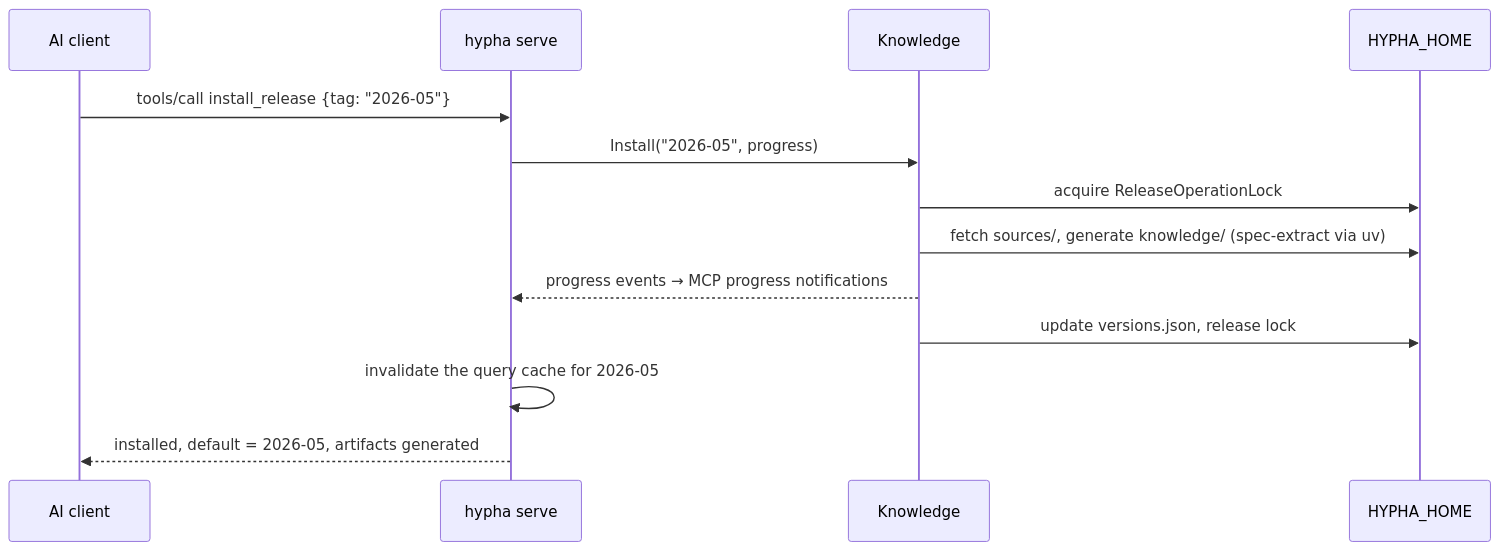
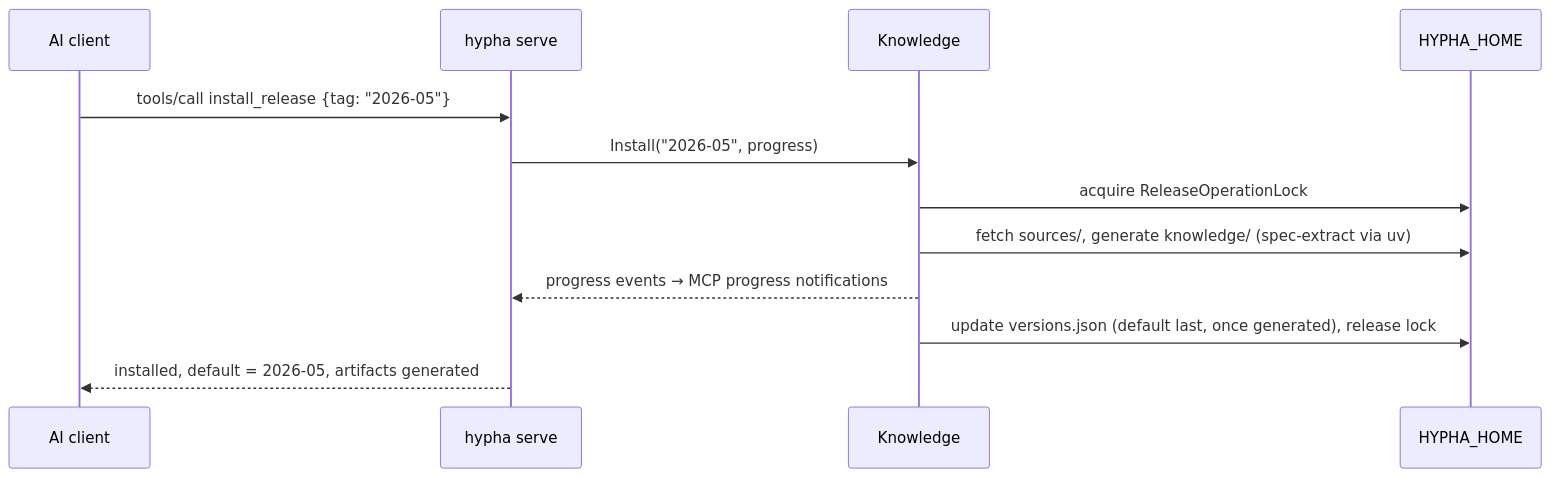
The fourth of 4 diagrams in hypha-mcp-refactor-plan.md (mycelium-cmbse/mycelium-hypha), drawn with Mermaid before and after one commit. The commit also changed other lines of this file, not shown here.

````diff
--- a/hypha-mcp-refactor-plan.md
+++ b/hypha-mcp-refactor-plan.md
@@ -137,15 +137,14 @@
 ```mermaid
 sequenceDiagram
     participant A as AI client
     participant S as hypha serve
     participant K as Knowledge
     participant H as HYPHA_HOME
     A->>S: tools/call install_release {tag: "2026-05"}
     S->>K: Install("2026-05", progress)
     K->>H: acquire ReleaseOperationLock
     K->>H: fetch sources/, generate knowledge/ (spec-extract via uv)
     K-->>S: progress events → MCP progress notifications
-    K->>H: update versions.json, release lock
-    S->>S: invalidate the query cache for 2026-05
+    K->>H: update versions.json (default last, once generated), release lock
     S-->>A: installed, default = 2026-05, artifacts generated
 ```
````
